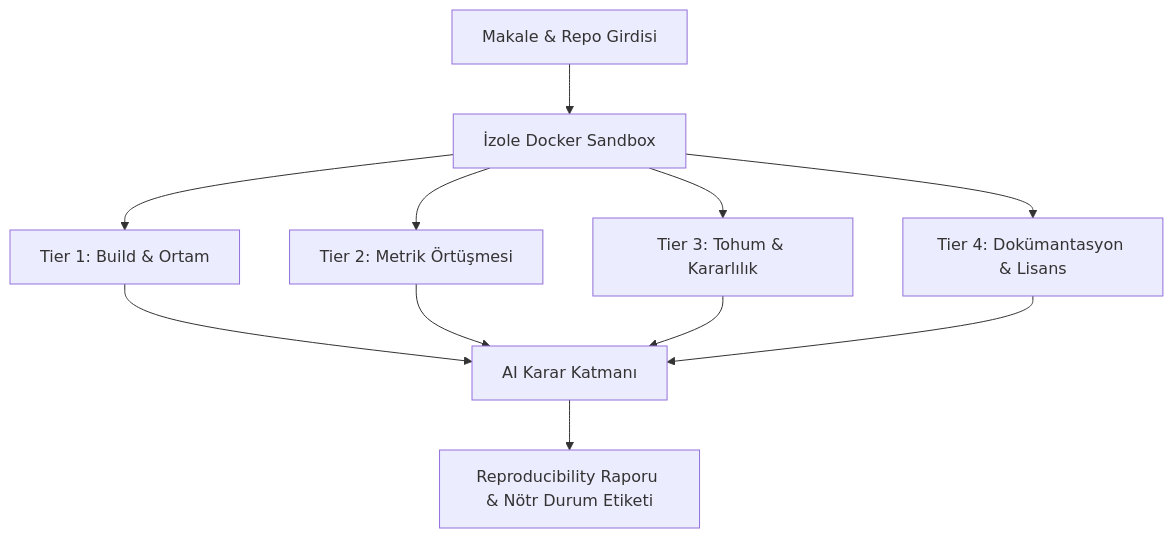
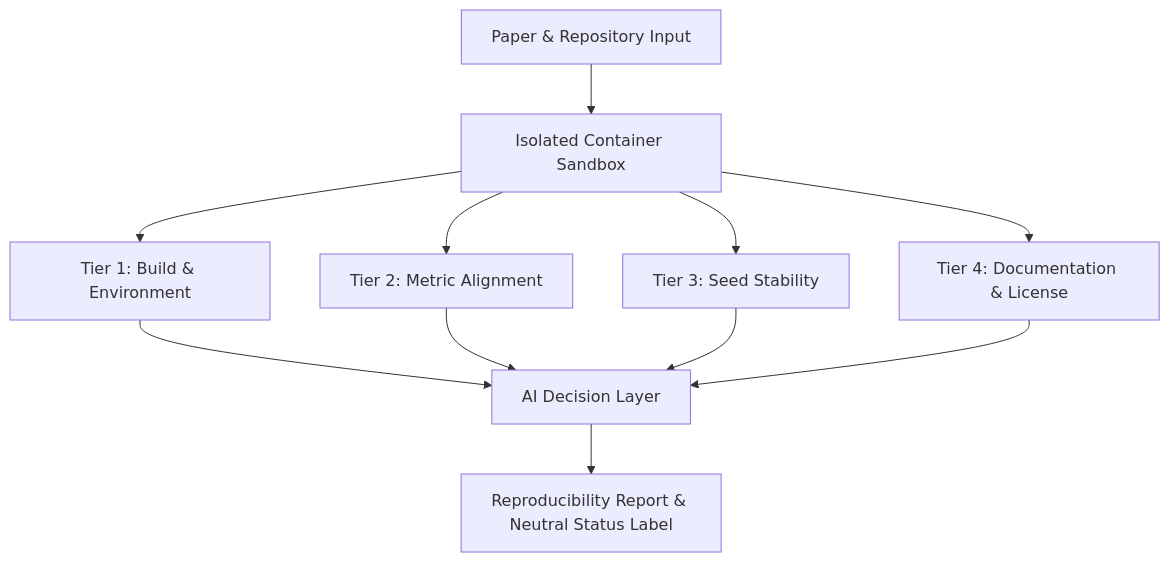
Before and after one commit to yusufkartal0009-eng/appendix_controller_for_articles: the diagram in README.md, drawn with Mermaid. The commit also changed other lines of this file and 10 other files, not shown here.

````diff
--- a/README.md
+++ b/README.md
@@ -29,13 +29,13 @@
 ```mermaid
 graph TD
-    A[Makale & Repo Girdisi] --> B[İzole Docker Sandbox]
-    B --> T1[Tier 1: Build & Ortam]
-    B --> T2[Tier 2: Metrik Örtüşmesi]
-    B --> T3[Tier 3: Tohum & Kararlılık]
-    B --> T4[Tier 4: Dokümantasyon & Lisans]
-    T1 --> AI[AI Karar Katmanı]
+    A[Paper & Repository Input] --> B[Isolated Container Sandbox]
+    B --> T1[Tier 1: Build & Environment]
+    B --> T2[Tier 2: Metric Alignment]
+    B --> T3[Tier 3: Seed Stability]
+    B --> T4[Tier 4: Documentation & License]
+    T1 --> AI[AI Decision Layer]
     T2 --> AI
     T3 --> AI
     T4 --> AI
-    AI --> R[Reproducibility Raporu & Nötr Durum Etiketi]
+    AI --> R[Reproducibility Report & Neutral Status Label]
 ```
````
